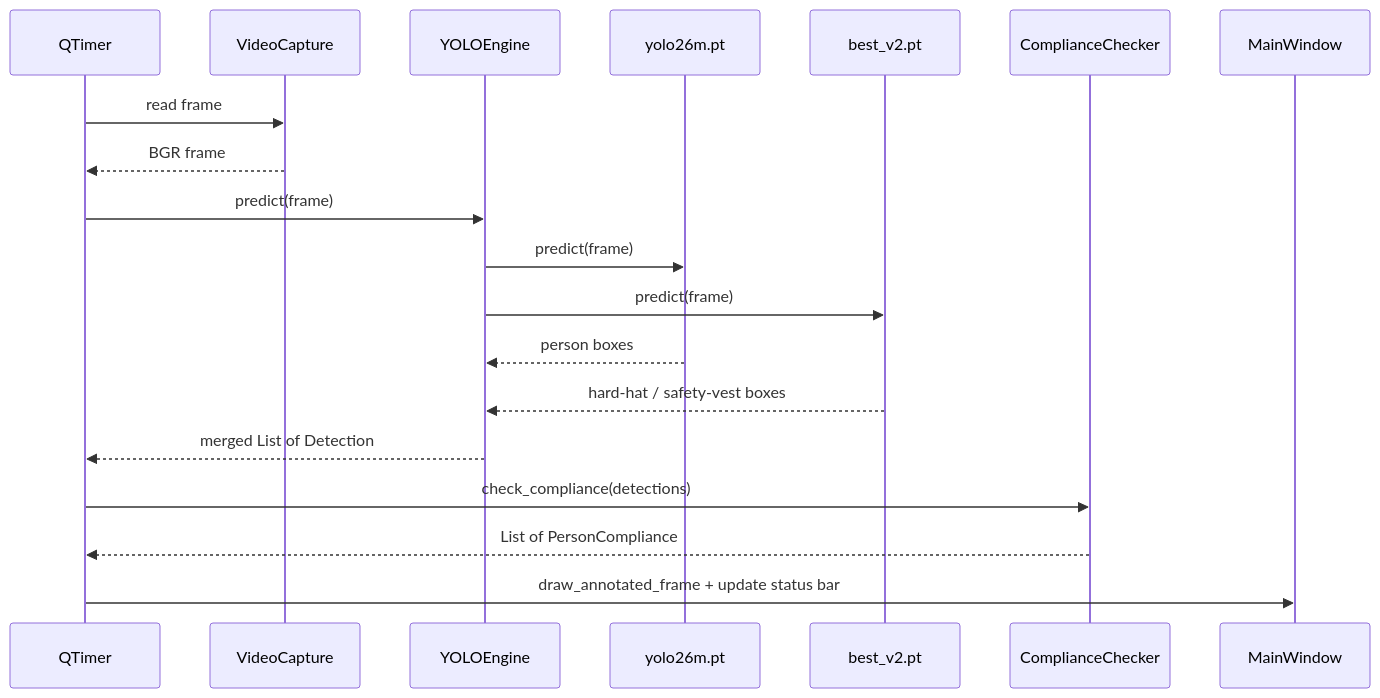
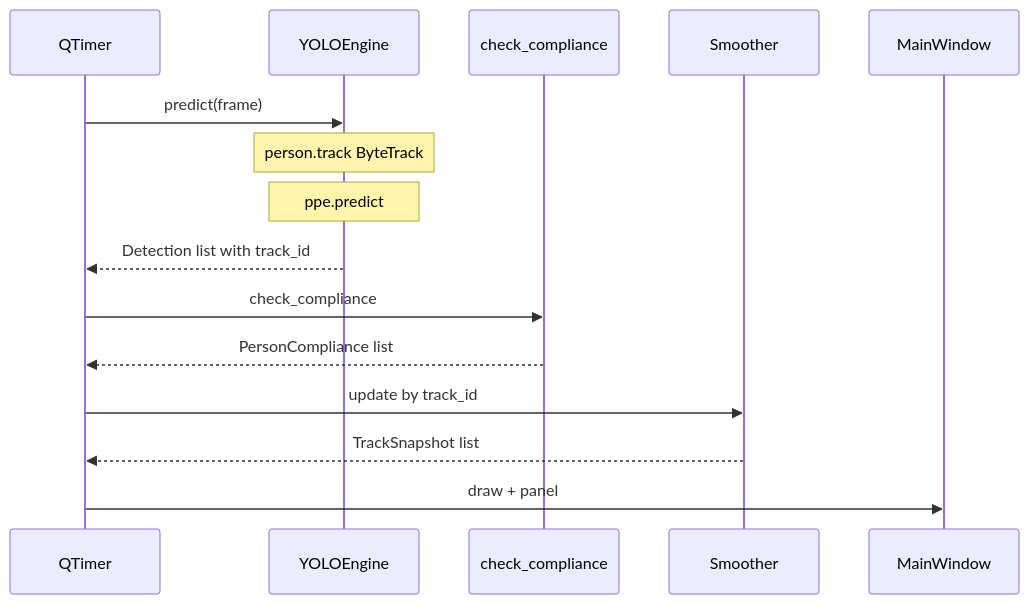
The second of 2 diagrams in 架构.md (testtestProblem/yolo_opencv_test), drawn with Mermaid before and after one commit. The commit also changed other lines of this file and 13 other files, not shown here.

First line of the commit message:
Refactor PPE pipeline with ByteTrack and person-box association.

````diff
--- a/架构.md
+++ b/架构.md
@@ -370,22 +296,18 @@
 ```mermaid
 sequenceDiagram
     participant Timer as QTimer
-    participant Cap as VideoCapture
     participant Engine as YOLOEngine
-    participant PersonModel as yolo26m.pt
-    participant PPEModel as best_v2.pt
-    participant PPE as ComplianceChecker
+    participant Compliance as check_compliance
+    participant Smoother as Smoother
     participant UI as MainWindow
 
-    Timer->>Cap: read frame
-    Cap-->>Timer: BGR frame
     Timer->>Engine: predict(frame)
-    Engine->>PersonModel: predict(frame)
-    Engine->>PPEModel: predict(frame)
-    PersonModel-->>Engine: person boxes
-    PPEModel-->>Engine: hard-hat / safety-vest boxes
-    Engine-->>Timer: merged List of Detection
-    Timer->>PPE: check_compliance(detections)
-    PPE-->>Timer: List of PersonCompliance
-    Timer->>UI: draw_annotated_frame + update status bar
+    Note over Engine: person.track ByteTrack
+    Note over Engine: ppe.predict
+    Engine-->>Timer: Detection list with track_id
+    Timer->>Compliance: check_compliance
+    Compliance-->>Timer: PersonCompliance list
+    Timer->>Smoother: update by track_id
+    Smoother-->>Timer: TrackSnapshot list
+    Timer->>UI: draw + panel
 ```
````
